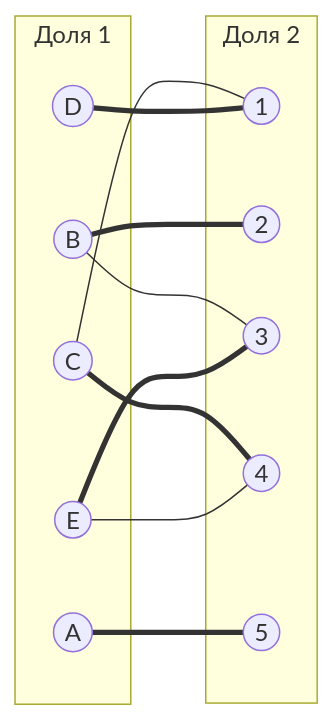
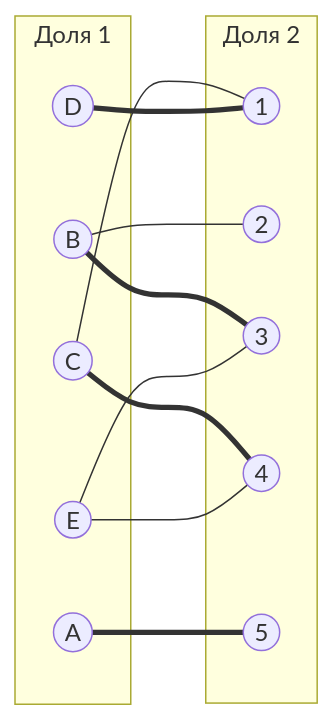
Before and after one commit to algos-ris-24-3/manual-tasks: the third of 4 diagrams in Задание 8/girls.md, drawn with Mermaid.

````diff
--- a/Задание 8/girls.md
+++ b/Задание 8/girls.md
@@ -119,25 +119,25 @@
 ```mermaid
 graph LR
     subgraph "Доля 1"
         A((A))
         B((B))
         C((C))
         D((D))
         E((E))
     end
     subgraph "Доля 2"
         1((1))
         2((2))
         3((3))
         4((4))
         5((5))
     end
     A === 5
-    B === 2
-    B --- 3
+    B --- 2
+    B === 3
     C --- 1
     C === 4
     D === 1
-    E === 3
+    E --- 3
     E --- 4
 ```
````
